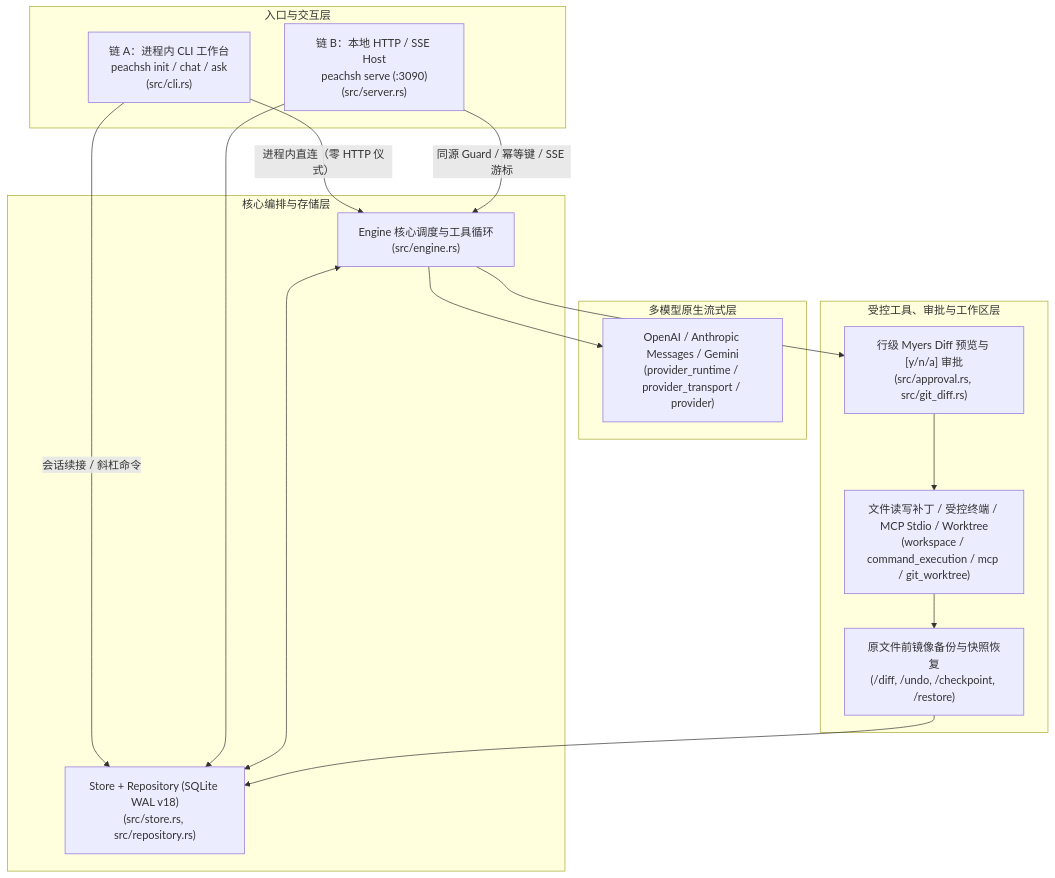
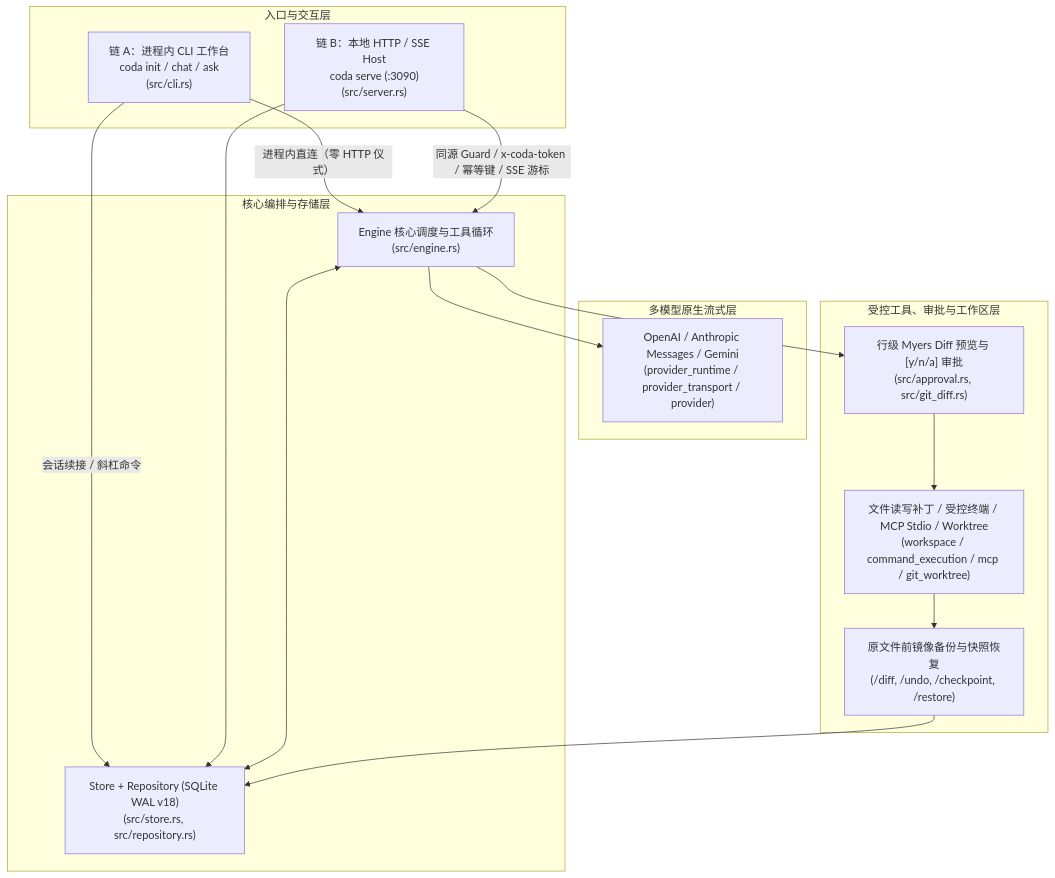
The diagram in PROJECT-MAP.md (Waitforw1nd/NoHumanCode), drawn with Mermaid before and after one commit. The commit also changed other lines of this file and 169 other files, not shown here.

First line of the commit message:
refactor!: rename project to Coda CLI (coda) and promote workspace to root

````diff
--- a/PROJECT-MAP.md
+++ b/PROJECT-MAP.md
@@ -50,33 +49,33 @@
 ```mermaid
 flowchart TD
     subgraph Entry["入口与交互层"]
-        CLI["链 A：进程内 CLI 工作台<br/>peachsh init / chat / ask<br/>(src/cli.rs)"]
-        HTTP["链 B：本地 HTTP / SSE Host<br/>peachsh serve (:3090)<br/>(src/server.rs)"]
+        CLI["链 A：进程内 CLI 工作台<br/>coda init / chat / ask<br/>(src/cli.rs)"]
+        HTTP["链 B：本地 HTTP / SSE Host<br/>coda serve (:3090)<br/>(src/server.rs)"]
     end
 
     subgraph Core["核心编排与存储层"]
         Engine["Engine 核心调度与工具循环<br/>(src/engine.rs)"]
         Store["Store + Repository (SQLite WAL v18)<br/>(src/store.rs, src/repository.rs)"]
     end
 
     subgraph LLM["多模型原生流式层"]
         Provider["OpenAI / Anthropic Messages / Gemini<br/>(provider_runtime / provider_transport / provider)"]
     end
 
     subgraph Tools["受控工具、审批与工作区层"]
         Approval["行级 Myers Diff 预览与 [y/n/a] 审批<br/>(src/approval.rs, src/git_diff.rs)"]
         Workspace["文件读写补丁 / 受控终端 / MCP Stdio / Worktree<br/>(workspace / command_execution / mcp / git_worktree)"]
         Recovery["原文件前镜像备份与快照恢复<br/>(/diff, /undo, /checkpoint, /restore)"]
     end
 
     CLI -->|"进程内直连（零 HTTP 仪式）"| Engine
     CLI -->|"会话续接 / 斜杠命令"| Store
-    HTTP -->|"同源 Guard / 幂等键 / SSE 游标"| Engine
+    HTTP -->|"同源 Guard / x-coda-token / 幂等键 / SSE 游标"| Engine
     HTTP --> Store
     Engine <--> Store
     Engine --> Provider
     Engine --> Approval
     Approval --> Workspace
     Workspace --> Recovery
     Recovery --> Store
 ```
````
